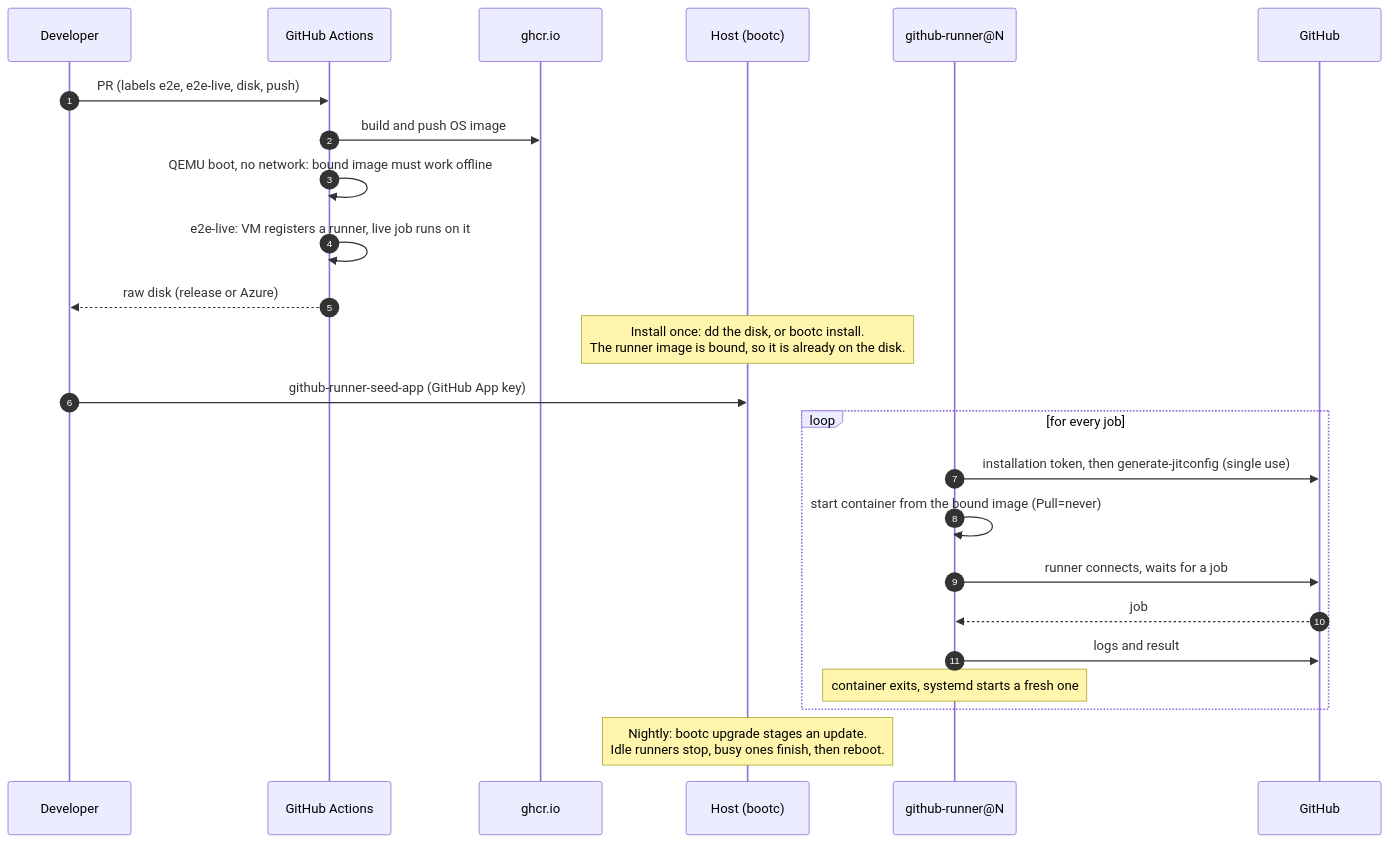
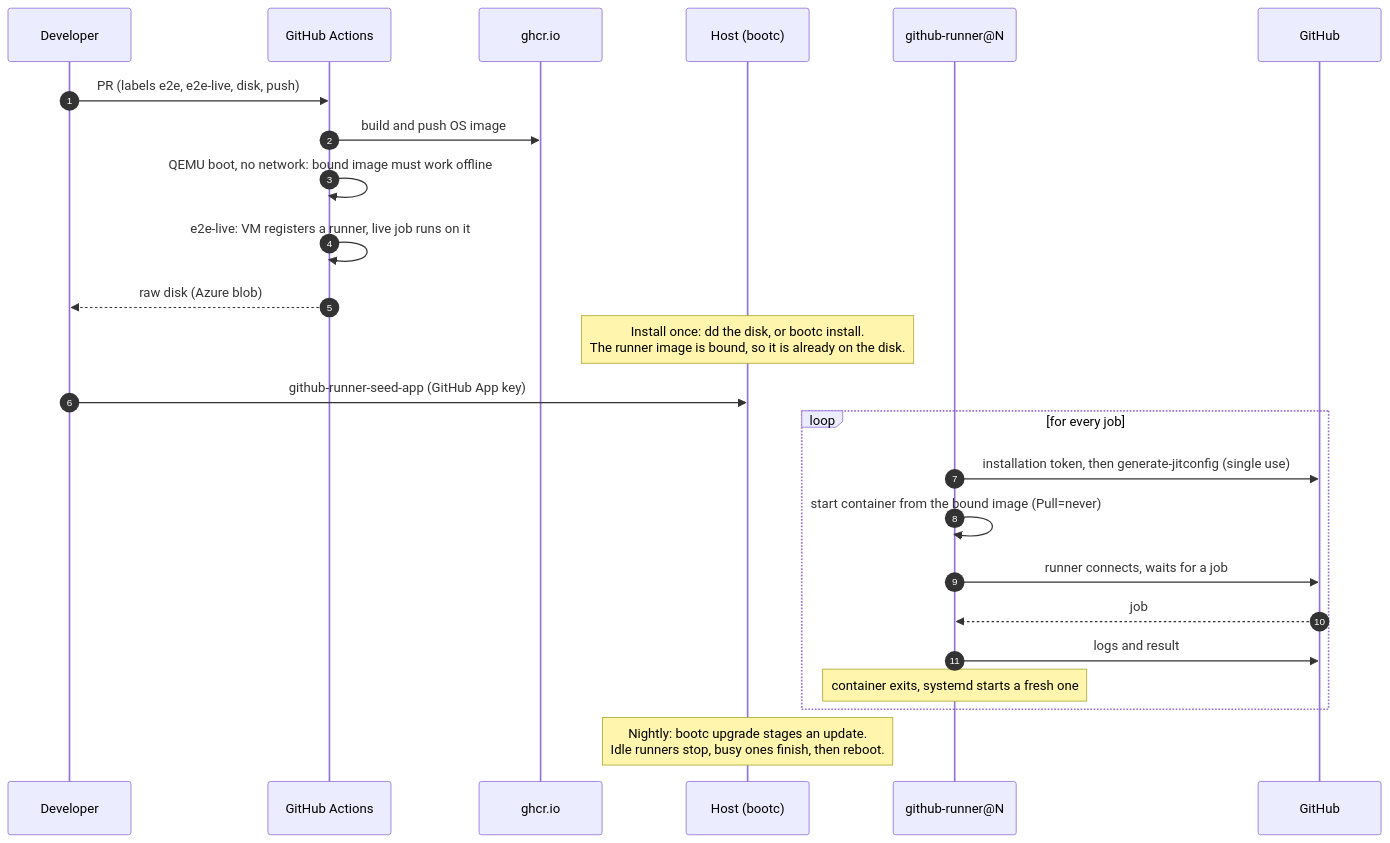
Before and after one commit to cthtrifork/github-runner-bootc: the second of 2 diagrams in docs/architecture.md, drawn with Mermaid. The commit also changed other lines of this file and 6 other files, not shown here.

First line of the commit message:
ci(disk): upload the disk image to Azure blob storage only

````diff
--- a/docs/architecture.md
+++ b/docs/architecture.md
@@ -60,30 +60,30 @@
 ```mermaid
 sequenceDiagram
     autonumber
     participant D as Developer
     participant CI as GitHub Actions
     participant R as ghcr.io
     participant H as Host (bootc)
     participant S as github-runner@N
     participant G as GitHub
 
     D->>CI: PR (labels e2e, e2e-live, disk, push)
     CI->>R: build and push OS image
     CI->>CI: QEMU boot, no network: bound image must work offline
     CI->>CI: e2e-live: VM registers a runner, live job runs on it
-    CI-->>D: raw disk (release or Azure)
+    CI-->>D: raw disk (Azure blob)
 
     Note over H: Install once: dd the disk, or bootc install.<br/>The runner image is bound, so it is already on the disk.
     D->>H: github-runner-seed-app (GitHub App key)
 
     loop for every job
         S->>G: installation token, then generate-jitconfig (single use)
         S->>S: start container from the bound image (Pull=never)
         S->>G: runner connects, waits for a job
         G-->>S: job
         S->>G: logs and result
         Note over S: container exits, systemd starts a fresh one
     end
 
     Note over H: Nightly: bootc upgrade stages an update.<br/>Idle runners stop, busy ones finish, then reboot.
 ```
````
